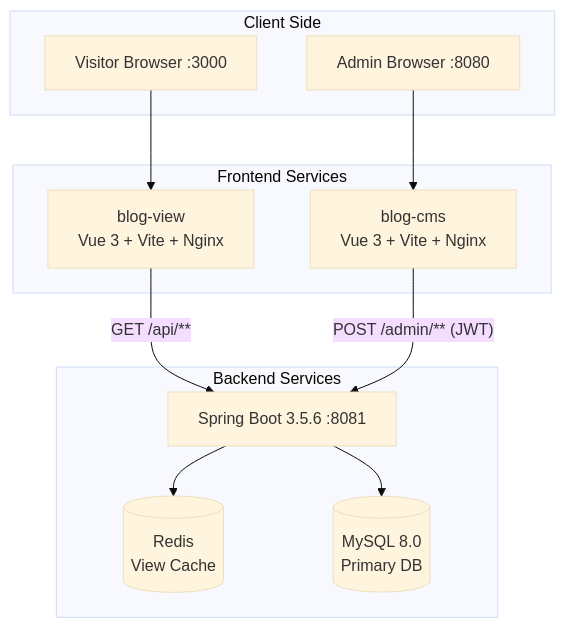
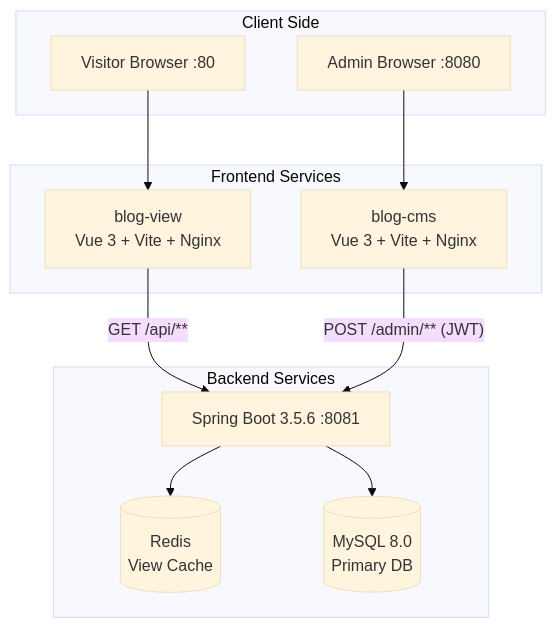
The first of 2 diagrams in README_EN.md (Eleven-Mouse/Eleven-blog), drawn with Mermaid (base theme) before and after one commit. The commit also changed other lines of this file and 1 other file, not shown here.

````diff
--- a/README_EN.md
+++ b/README_EN.md
@@ -55,25 +55,25 @@
 ```mermaid
 graph TB
     subgraph Client["Client Side"]
-        Visitor["Visitor Browser :3000"]
+        Visitor["Visitor Browser :80"]
         Admin["Admin Browser :8080"]
     end
 
     subgraph Frontend["Frontend Services"]
         BlogView["blog-view<br/>Vue 3 + Vite + Nginx"]
         BlogCMS["blog-cms<br/>Vue 3 + Vite + Nginx"]
     end
 
     subgraph Backend["Backend Services"]
         API["Spring Boot 3.5.6 :8081"]
         Redis[("Redis<br/>View Cache")]
         MySQL[("MySQL 8.0<br/>Primary DB")]
     end
 
     Visitor --> BlogView
     Admin --> BlogCMS
     BlogView -->|"GET /api/**"| API
     BlogCMS -->|"POST /admin/** (JWT)"| API
     API --> Redis
     API --> MySQL
 ```
````
